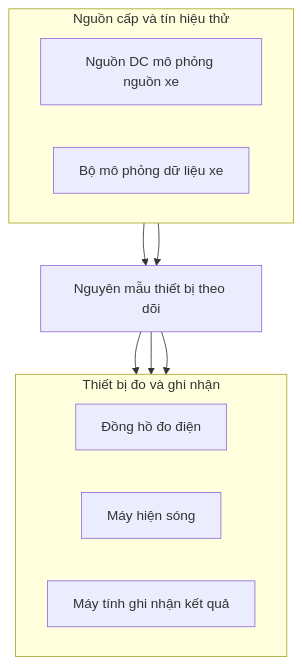
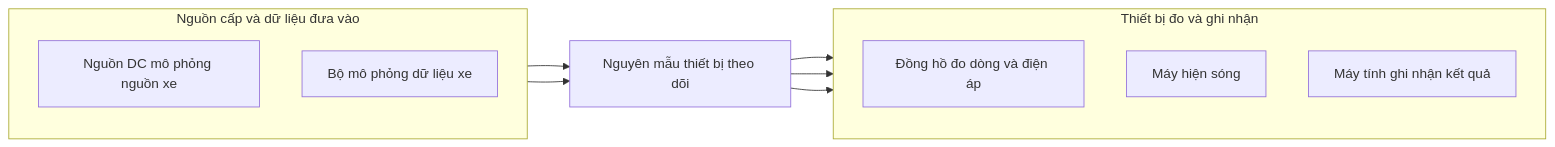
One commit to anmh1205/IoT_Vehicle_Tracking_System changed the diagram in resources/reports/thesis/final/assets/uml/10-chuong-4-ket-qua-do-luong-hinh-4-20.mmd. Above: the diagram before and after it, drawn with Mermaid. The commit also changed 75 other files, not shown here.

```diff
--- a/resources/reports/thesis/final/assets/uml/10-chuong-4-ket-qua-do-luong-hinh-4-20.mmd
+++ b/resources/reports/thesis/final/assets/uml/10-chuong-4-ket-qua-do-luong-hinh-4-20.mmd
@@ -1,21 +1,21 @@
-flowchart TB
-    Tracker["Nguyên mẫu thiết bị theo dõi"]
-
-    subgraph Inputs["Nguồn cấp và tín hiệu thử"]
-        direction LR
+flowchart LR
+    subgraph Inputs["Nguồn cấp và dữ liệu đưa vào"]
+        direction TB
         Supply["Nguồn DC mô phỏng nguồn xe"]
         OBD["Bộ mô phỏng dữ liệu xe"]
     end
 
+    Tracker["Nguyên mẫu thiết bị theo dõi"]
+
     subgraph Instruments["Thiết bị đo và ghi nhận"]
-        direction LR
-        DMM["Đồng hồ đo điện"]
+        direction TB
+        DMM["Đồng hồ đo dòng và điện áp"]
         Scope["Máy hiện sóng"]
         Laptop["Máy tính ghi nhận kết quả"]
     end
 
     Supply --> Tracker
     OBD --> Tracker
     Tracker --> DMM
     Tracker --> Scope
     Tracker --> Laptop
```
